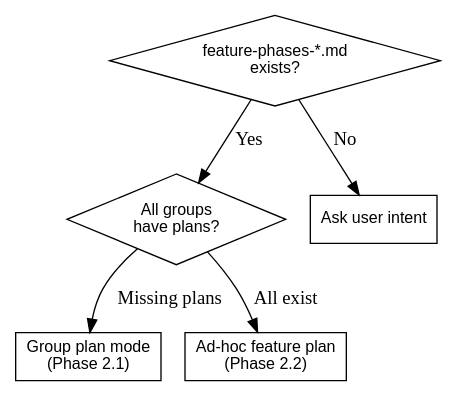
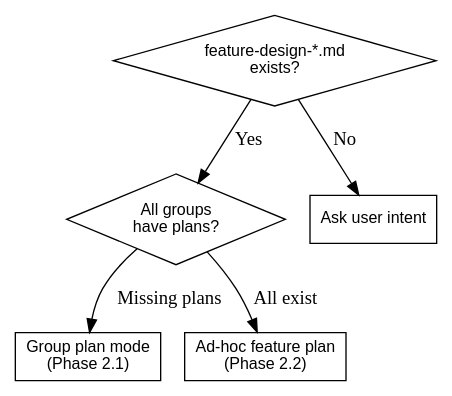
The second of 2 diagrams in skills/vibe-plan/SKILL.md (Yumoxj/vibe-ops), drawn with Graphviz before and after one commit. The commit also changed other lines of this file and 26 other files, not shown here.

First line of the commit message:
feat: merge feature-phases into feature-design and enforce foundation checks

````diff
--- a/skills/vibe-plan/SKILL.md
+++ b/skills/vibe-plan/SKILL.md
@@ -78,17 +77,17 @@
 ```dot
 digraph detect_flow {
     rankdir=TB;
     node [fontname="Arial", fontsize=12];
 
-    check [shape=diamond, label="feature-phases-*.md\nexists?"];
+    check [shape=diamond, label="feature-design-*.md\nexists?"];
     groups [shape=diamond, label="All groups\nhave plans?"];
     group_mode [shape=box, label="Group plan mode\n(Phase 2.1)"];
     adhoc [shape=box, label="Ad-hoc feature plan\n(Phase 2.2)"];
     ask [shape=box, label="Ask user intent"];
 
     check -> groups [label="Yes"];
     check -> ask [label="No"];
     groups -> group_mode [label="Missing plans"];
     groups -> adhoc [label="All exist"];
 }
 ```
````
